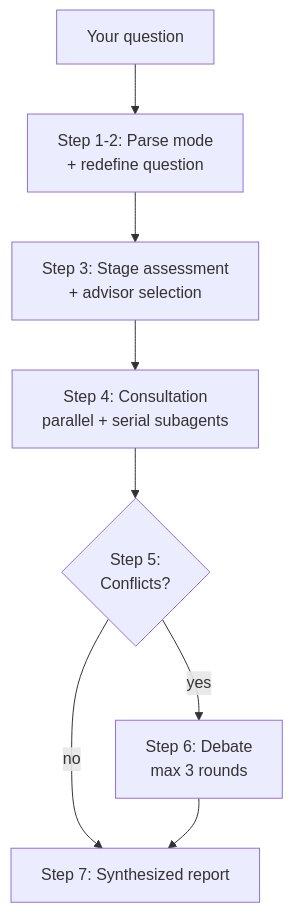
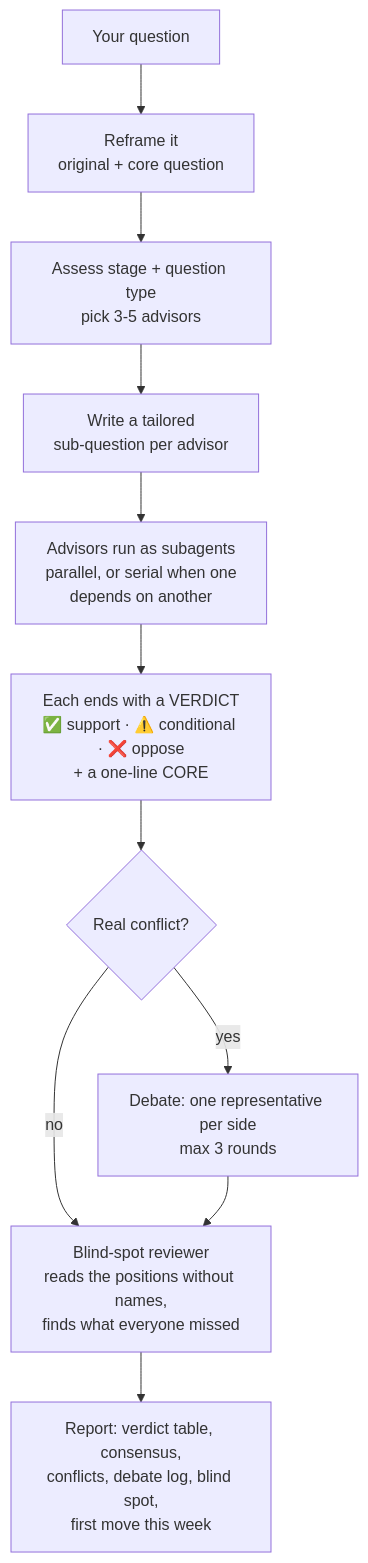
The diagram in README.md (wolfqing/QadvisorSkills), drawn with Mermaid before and after one commit. The commit also changed other lines of this file and 128 other files, not shown here.

````diff
--- a/README.md
+++ b/README.md
@@ -131,10 +189,13 @@
 ```mermaid
 flowchart TD
-    Q[Your question] --> R[Step 1-2: Parse mode<br/>+ redefine question]
-    R --> S[Step 3: Stage assessment<br/>+ advisor selection]
-    S --> P[Step 4: Consultation<br/>parallel + serial subagents]
-    P --> C{Step 5:<br/>Conflicts?}
-    C -- no --> REP[Step 7: Synthesized report]
-    C -- yes --> D[Step 6: Debate<br/>max 3 rounds]
-    D --> REP
+    Q["Your question"] --> R["Reframe it<br/>original + core question"]
+    R --> S["Assess stage + question type<br/>pick 3-5 advisors"]
+    S --> T["Write a tailored<br/>sub-question per advisor"]
+    T --> P["Advisors run as subagents<br/>parallel, or serial when one<br/>depends on another"]
+    P --> V["Each ends with a VERDICT<br/>✅ support · ⚠️ conditional · ❌ oppose<br/>+ a one-line CORE"]
+    V --> C{"Real conflict?"}
+    C -- yes --> D["Debate: one representative per side<br/>max 3 rounds"]
+    C -- no --> B
+    D --> B["Blind-spot reviewer<br/>reads the positions without names,<br/>finds what everyone missed"]
+    B --> REP["Report: verdict table, consensus,<br/>conflicts, debate log, blind spot,<br/>first move this week"]
 ```
````
